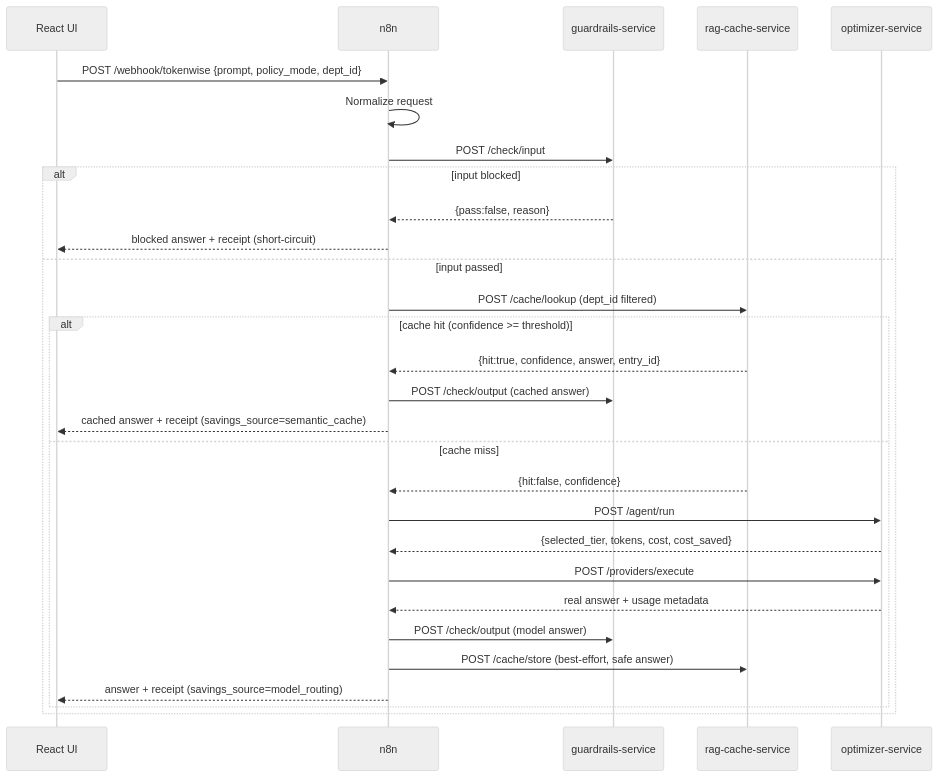
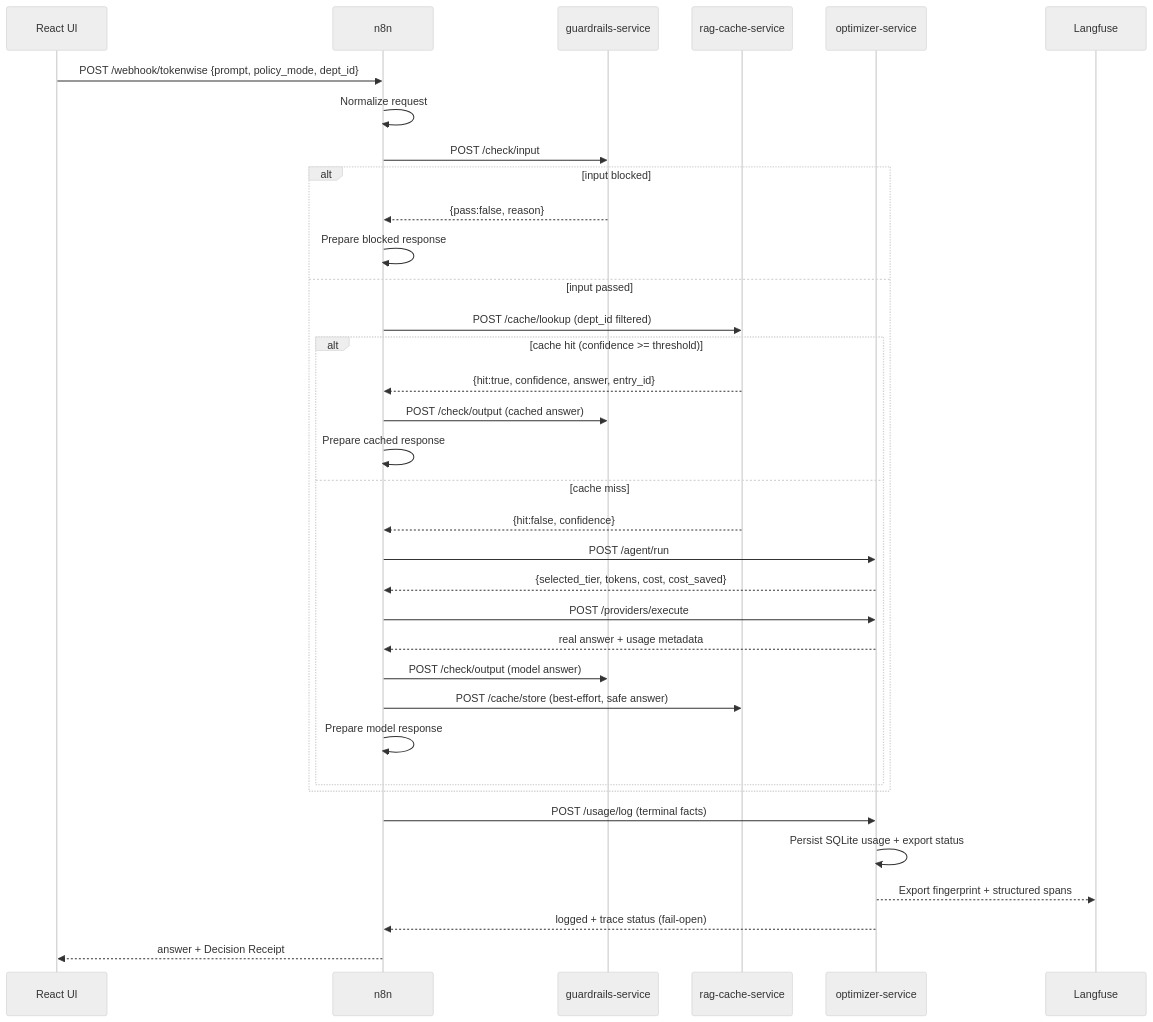
Before and after one commit to tomeryoel/tokenwise: the second of 5 diagrams in docs/architecture.md, drawn with Mermaid (neutral theme). The commit also changed other lines of this file and 19 other files, not shown here.

````diff
--- a/docs/architecture.md
+++ b/docs/architecture.md
@@ -55,32 +56,38 @@
 ```mermaid
 sequenceDiagram
     participant UI as React UI
     participant N as n8n
     participant G as guardrails-service
     participant C as rag-cache-service
     participant O as optimizer-service
+    participant L as Langfuse
 
     UI->>N: POST /webhook/tokenwise {prompt, policy_mode, dept_id}
     N->>N: Normalize request
     N->>G: POST /check/input
     alt input blocked
         G-->>N: {pass:false, reason}
-        N-->>UI: blocked answer + receipt (short-circuit)
+        N->>N: Prepare blocked response
     else input passed
         N->>C: POST /cache/lookup (dept_id filtered)
         alt cache hit (confidence >= threshold)
             C-->>N: {hit:true, confidence, answer, entry_id}
             N->>G: POST /check/output (cached answer)
-            N-->>UI: cached answer + receipt (savings_source=semantic_cache)
+            N->>N: Prepare cached response
         else cache miss
             C-->>N: {hit:false, confidence}
             N->>O: POST /agent/run
             O-->>N: {selected_tier, tokens, cost, cost_saved}
             N->>O: POST /providers/execute
             O-->>N: real answer + usage metadata
             N->>G: POST /check/output (model answer)
             N->>C: POST /cache/store (best-effort, safe answer)
-            N-->>UI: answer + receipt (savings_source=model_routing)
+            N->>N: Prepare model response
         end
     end
+    N->>O: POST /usage/log (terminal facts)
+    O->>O: Persist SQLite usage + export status
+    O-->>L: Export fingerprint + structured spans
+    O-->>N: logged + trace status (fail-open)
+    N-->>UI: answer + Decision Receipt
 ```
````
